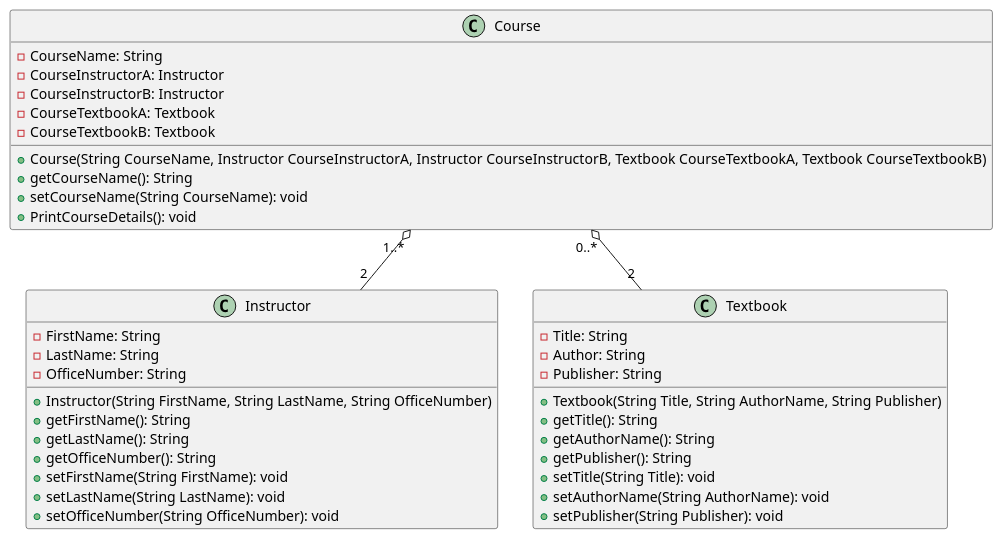
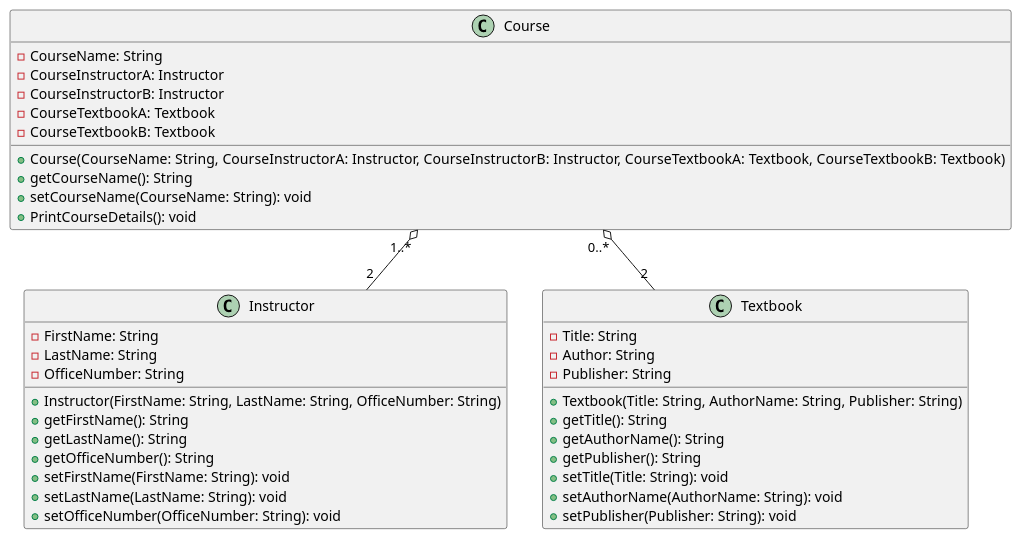
Before and after one commit to retrinidad/CS5800_Homework_3: the diagram in Part 3 Class Diagram.puml, drawn with PlantUML. The commit also changed 3 other files, not shown here.

```diff
--- a/Part 3 Class Diagram.puml
+++ b/Part 3 Class Diagram.puml
@@ -1,49 +1,49 @@
 @startuml
 'https://plantuml.com/class-diagram
 
 
 class Course {
 -CourseName: String
 -CourseInstructorA: Instructor
 -CourseInstructorB: Instructor
 -CourseTextbookA: Textbook
 -CourseTextbookB: Textbook
 
-+Course(String CourseName, Instructor CourseInstructorA, Instructor CourseInstructorB, Textbook CourseTextbookA, Textbook CourseTextbookB)
++Course(CourseName: String, CourseInstructorA: Instructor, CourseInstructorB: Instructor, CourseTextbookA: Textbook, CourseTextbookB: Textbook)
 +getCourseName(): String
-+setCourseName(String CourseName): void
++setCourseName(CourseName: String): void
 +PrintCourseDetails(): void
 }
 
 class Instructor {
 -FirstName: String
 -LastName: String
 -OfficeNumber: String
 
-+Instructor(String FirstName, String LastName, String OfficeNumber)
++Instructor(FirstName: String, LastName: String, OfficeNumber: String)
 +getFirstName(): String
 +getLastName(): String
 +getOfficeNumber(): String
-+setFirstName(String FirstName): void
-+setLastName(String LastName): void
-+setOfficeNumber(String OfficeNumber): void
++setFirstName(FirstName: String): void
++setLastName(LastName: String): void
++setOfficeNumber(OfficeNumber: String): void
 }
 
 class Textbook {
 -Title: String
 -Author: String
 -Publisher: String
 
-+Textbook(String Title, String AuthorName, String Publisher)
++Textbook(Title: String, AuthorName: String, Publisher: String)
 +getTitle(): String
 +getAuthorName(): String
 +getPublisher(): String
-+setTitle(String Title): void
-+setAuthorName(String AuthorName): void
-+setPublisher(String Publisher): void
++setTitle(Title: String): void
++setAuthorName(AuthorName: String): void
++setPublisher(Publisher: String): void
 }
 
 Course "1..*" o-- "2" Instructor
 Course "0..*" o-- "2" Textbook
 
 @enduml
```
